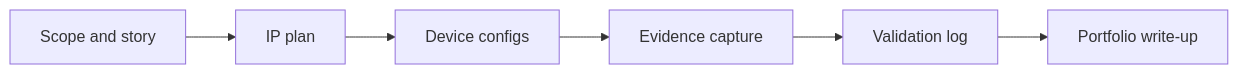
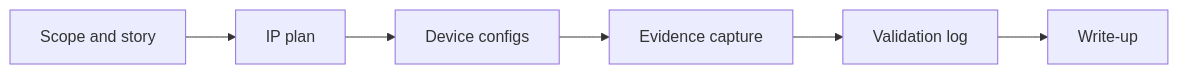
Before and after one commit to AmeenShareif/secure-3-site-packet-tracer-lab: the fourth of 4 diagrams in docs/portfolio-visuals.md, drawn with Mermaid. The commit also changed 9 other files, not shown here.

````diff
--- a/docs/portfolio-visuals.md
+++ b/docs/portfolio-visuals.md
@@ -77,8 +77,8 @@
 ```mermaid
 flowchart LR
   A["Scope and story"] --> B["IP plan"]
   B --> C["Device configs"]
   C --> D["Evidence capture"]
   D --> E["Validation log"]
-  E --> F["Portfolio write-up"]
+  E --> F["Write-up"]
 ```
````
